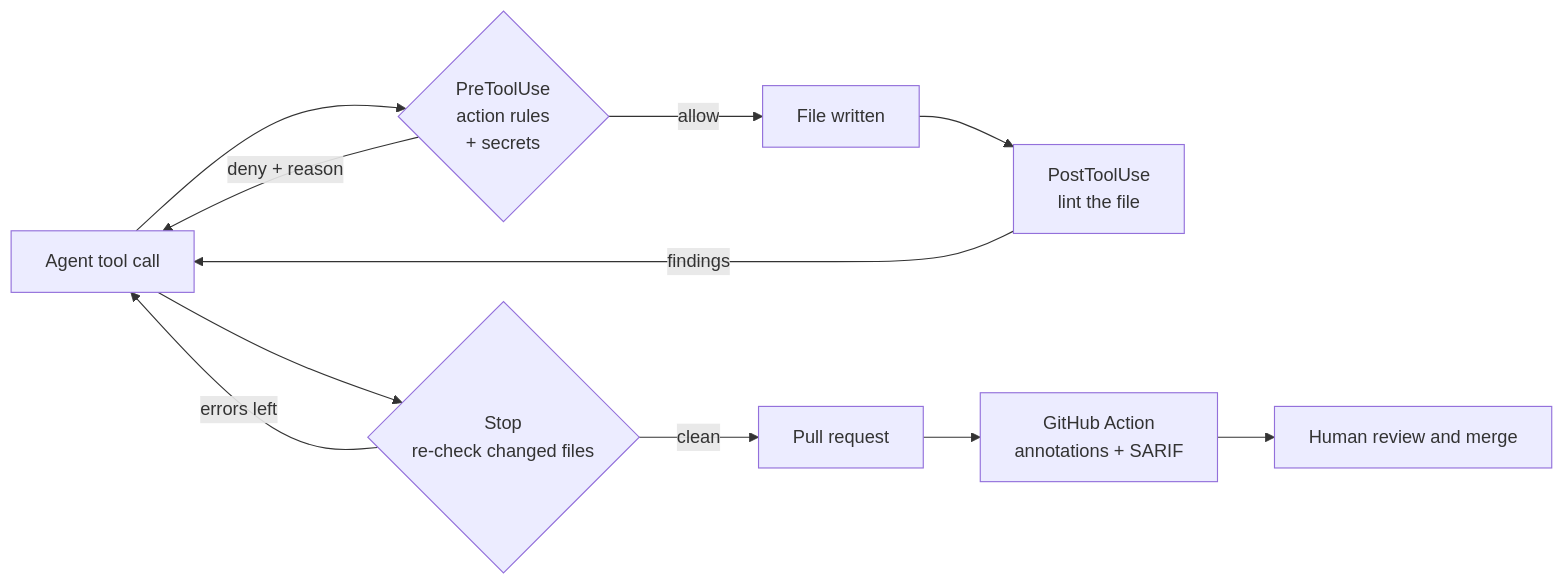
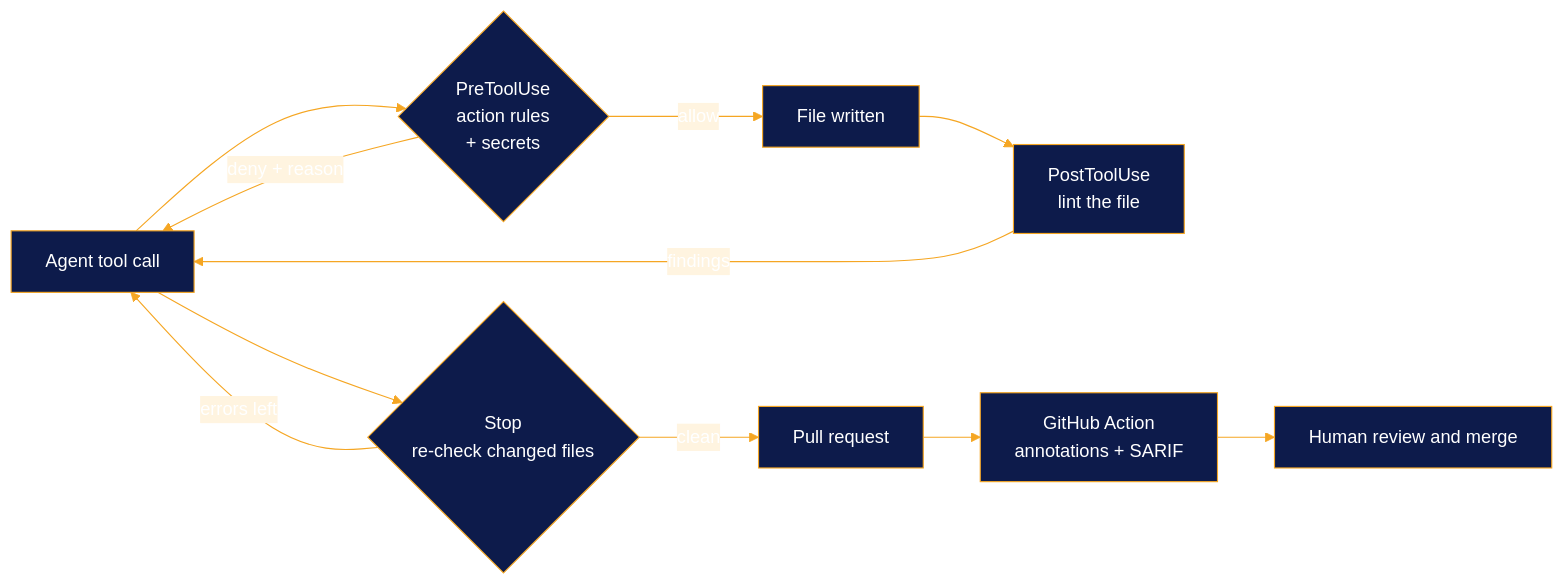
The diagram in README.md (chris-fountoulis/agency-guardrails), drawn with Mermaid before and after one commit. The commit also changed other lines of this file, not shown here.

````diff
--- a/README.md
+++ b/README.md
@@ -120,13 +178,14 @@
 ```mermaid
+%%{init: {'theme':'base','themeVariables':{'primaryColor':'#0D1B4B','primaryTextColor':'#ffffff','primaryBorderColor':'#F5A623','lineColor':'#F5A623','secondaryColor':'#FFF4E0','tertiaryColor':'#ffffff'}}}%%
 flowchart LR
     A[Agent tool call] --> B{PreToolUse<br/>action rules<br/>+ secrets}
     B -- deny + reason --> A
     B -- allow --> C[File written]
     C --> D[PostToolUse<br/>lint the file]
     D -- findings --> A
     A --> E{Stop<br/>re-check changed files}
     E -- errors left --> A
     E -- clean --> F[Pull request]
     F --> G[GitHub Action<br/>annotations + SARIF]
     G --> H[Human review and merge]
 ```
````
